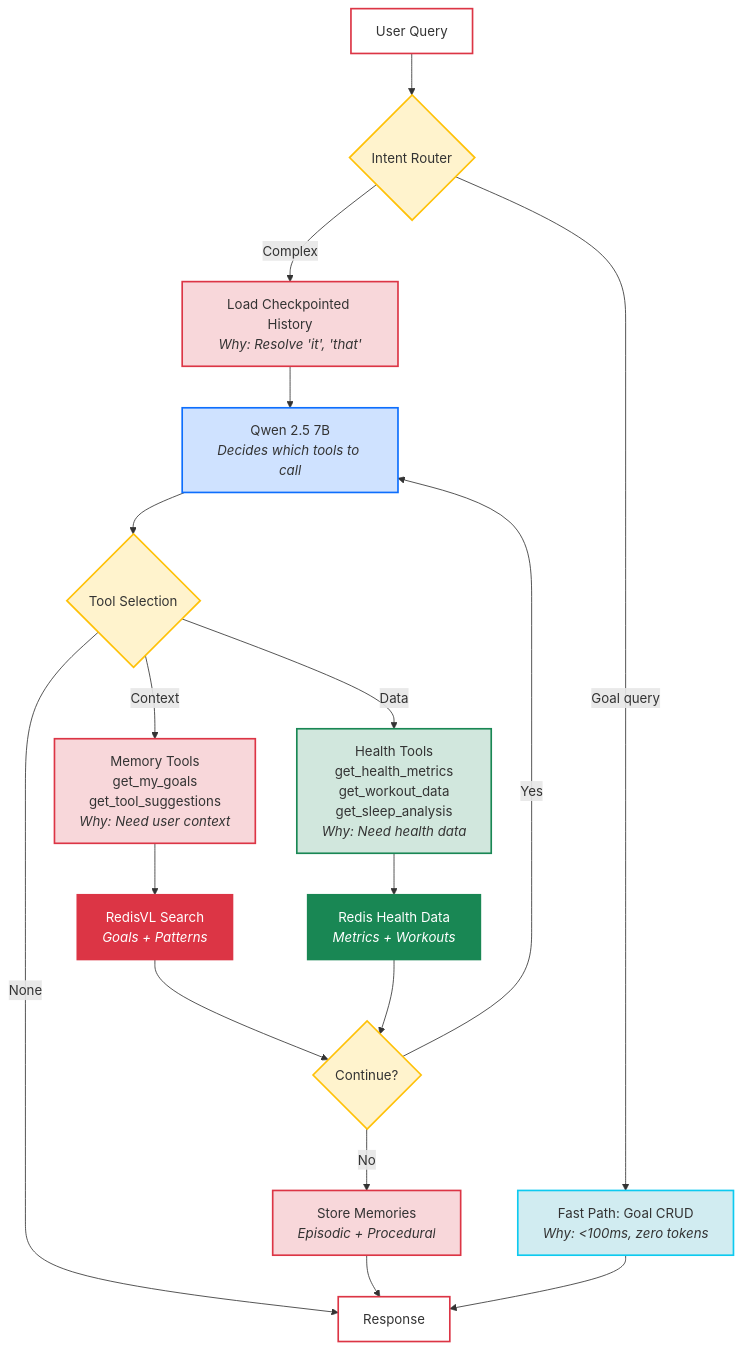
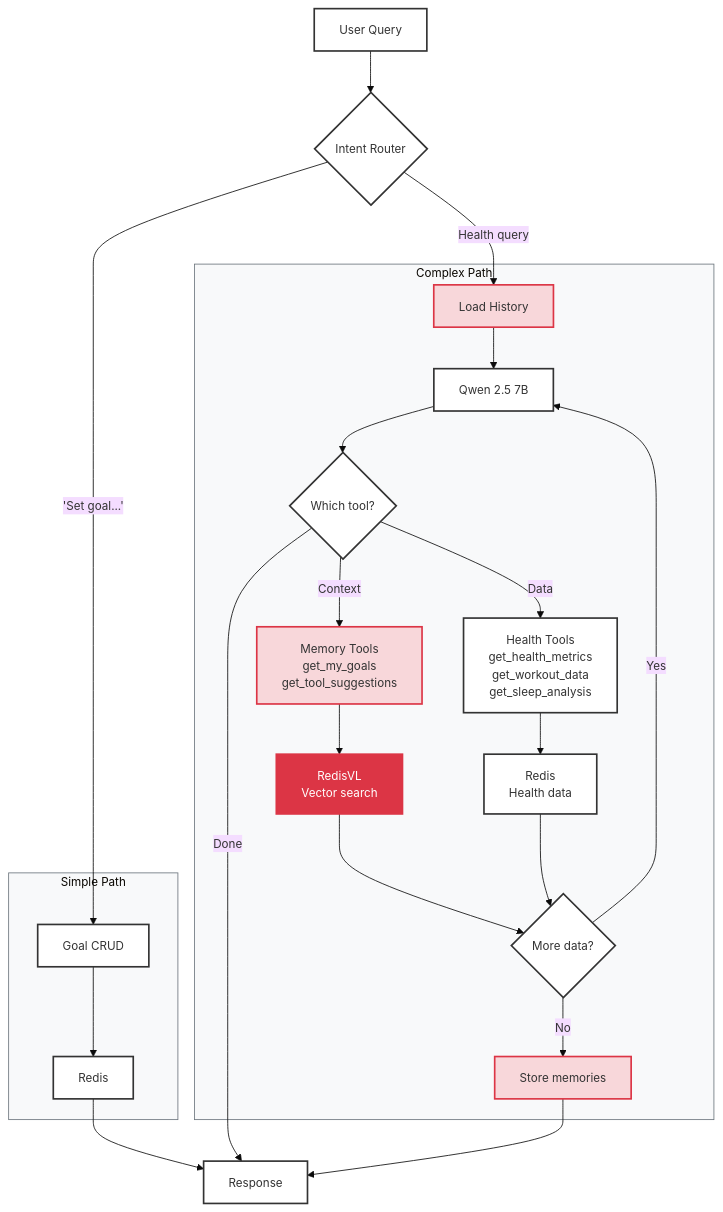
Before and after one commit to AllieRays/redis-wellness: the second of 2 diagrams in docs/STATEFUL_AGENT.md, drawn with Mermaid.

Commit message:
Simplify How It Works diagram with parallel simple/complex paths

````diff
--- a/docs/STATEFUL_AGENT.md
+++ b/docs/STATEFUL_AGENT.md
@@ -88,57 +88,55 @@
 ```mermaid
+%%{init: {'theme':'base', 'themeVariables': { 'fontSize':'14px'}}}%%
 flowchart TB
     Query["User Query"]
-
     Router{"Intent Router"}
-    GoalOp["Fast Path: Goal CRUD<br/><i>Why: <100ms, zero tokens</i>"]
-
-    Memory["Load Checkpointed History<br/><i>Why: Resolve 'it', 'that'</i>"]
-
-    LLM["Qwen 2.5 7B<br/><i>Decides which tools to call</i>"]
-
-    Decision{"Tool Selection"}
-
-    MT["Memory Tools<br/>get_my_goals<br/>get_tool_suggestions<br/><i>Why: Need user context</i>"]
-    HT["Health Tools<br/>get_health_metrics<br/>get_workout_data<br/>get_sleep_analysis<br/><i>Why: Need health data</i>"]
-
-    VectorDB["RedisVL Search<br/><i>Goals + Patterns</i>"]
-    HealthDB["Redis Health Data<br/><i>Metrics + Workouts</i>"]
-
-    Loop{"Continue?"}
-    Store["Store Memories<br/><i>Episodic + Procedural</i>"]
+    subgraph Simple["Simple Path"]
+        GoalOp["Goal CRUD"]
+        Redis1["Redis"]
+    end
+    subgraph Complex["Complex Path"]
+        Memory["Load History"]
+        LLM["Qwen 2.5 7B"]
+        Decision{"Which tool?"}
+        MT["Memory Tools<br/>get_my_goals<br/>get_tool_suggestions"]
+        HT["Health Tools<br/>get_health_metrics<br/>get_workout_data<br/>get_sleep_analysis"]
+        VectorDB["RedisVL<br/>Vector search"]
+        HealthDB["Redis<br/>Health data"]
+        Loop{"More data?"}
+        Store["Store memories"]
+    end
     Response["Response"]
-
     Query --> Router
-    Router -->|"Goal query"| GoalOp
-    Router -->|"Complex"| Memory
+    Router -->|"'Set goal...'"| GoalOp
+    Router -->|"Health query"| Memory
+    GoalOp --> Redis1
+    Redis1 --> Response
     Memory --> LLM
     LLM --> Decision
-
-    Decision -->|"Context"| MT
-    Decision -->|"Data"| HT
-    Decision -->|"None"| Response
-
+    Decision -->|Context| MT
+    Decision -->|Data| HT
+    Decision -->|Done| Response
     MT --> VectorDB
     HT --> HealthDB
     VectorDB --> Loop
     HealthDB --> Loop
-
-    Loop -->|"Yes"| LLM
-    Loop -->|"No"| Store
+    Loop -->|Yes| LLM
+    Loop -->|No| Store
     Store --> Response
-    GoalOp --> Response
-
-    style Query fill:#fff,stroke:#dc3545,stroke-width:2px
-    style Router fill:#fff3cd,stroke:#ffc107,stroke-width:2px
-    style GoalOp fill:#d1ecf1,stroke:#0dcaf0,stroke-width:2px
+    style Query fill:#fff,stroke:#333,stroke-width:2px
+    style Router fill:#fff,stroke:#333,stroke-width:2px
+    style GoalOp fill:#fff,stroke:#333,stroke-width:2px
+    style Redis1 fill:#fff,stroke:#333,stroke-width:2px
     style Memory fill:#f8d7da,stroke:#dc3545,stroke-width:2px
-    style LLM fill:#cfe2ff,stroke:#0d6efd,stroke-width:2px
-    style Decision fill:#fff3cd,stroke:#ffc107,stroke-width:2px
+    style LLM fill:#fff,stroke:#333,stroke-width:2px
+    style Decision fill:#fff,stroke:#333,stroke-width:2px
     style MT fill:#f8d7da,stroke:#dc3545,stroke-width:2px
-    style HT fill:#d1e7dd,stroke:#198754,stroke-width:2px
+    style HT fill:#fff,stroke:#333,stroke-width:2px
     style VectorDB fill:#dc3545,stroke:#dc3545,stroke-width:2px,color:#fff
-    style HealthDB fill:#198754,stroke:#198754,stroke-width:2px,color:#fff
-    style Loop fill:#fff3cd,stroke:#ffc107,stroke-width:2px
+    style HealthDB fill:#fff,stroke:#333,stroke-width:2px
+    style Loop fill:#fff,stroke:#333,stroke-width:2px
     style Store fill:#f8d7da,stroke:#dc3545,stroke-width:2px
-    style Response fill:#fff,stroke:#dc3545,stroke-width:2px
+    style Response fill:#fff,stroke:#333,stroke-width:2px
+    style Simple fill:#f8f9fa,stroke:#6c757d,stroke-width:1px
+    style Complex fill:#f8f9fa,stroke:#6c757d,stroke-width:1px
 ```
````
